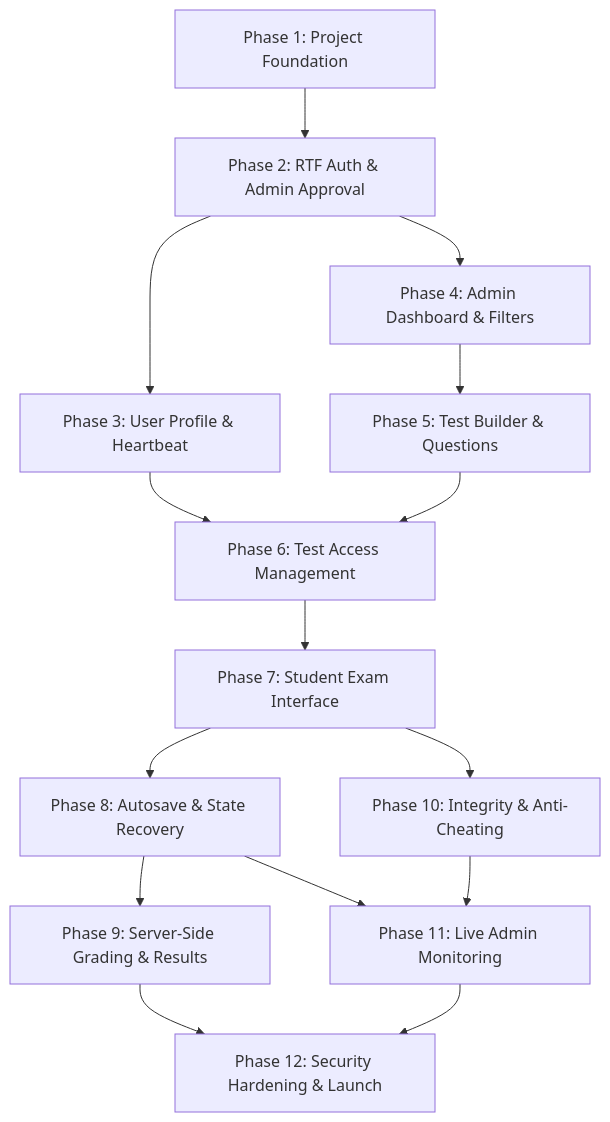
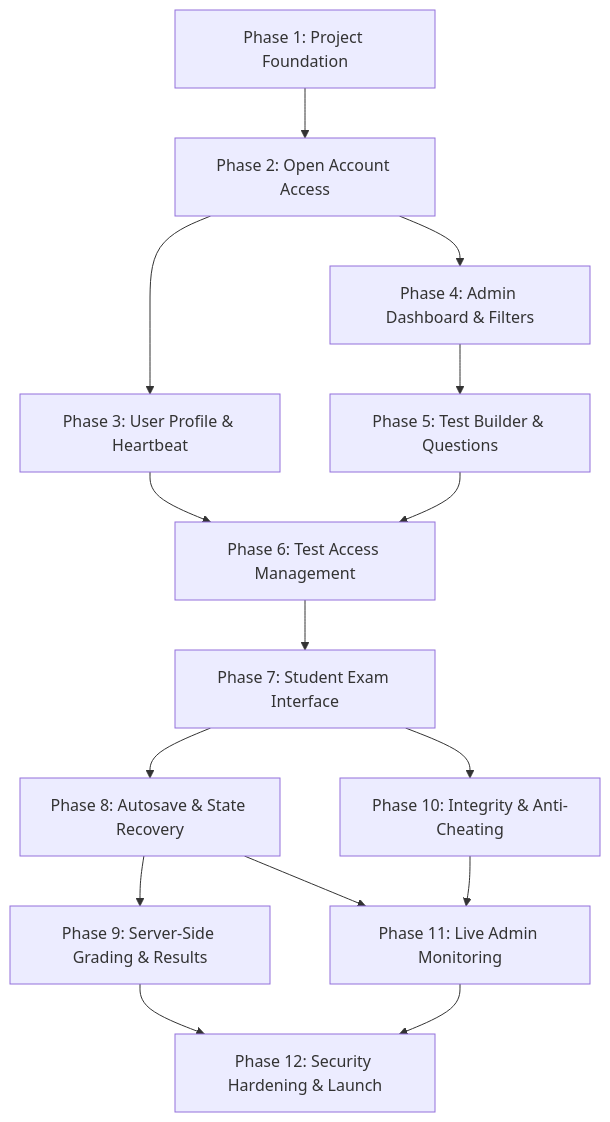
Before and after one commit to bhuveshrohankar28-cmd/Secure-Exam-Platform: the first of 8 diagrams in docs/stepwise-implementation-guide.md, drawn with Mermaid. The commit also changed other lines of this file and 30 other files, not shown here.

````diff
--- a/docs/stepwise-implementation-guide.md
+++ b/docs/stepwise-implementation-guide.md
@@ -44,17 +44,17 @@
 ```mermaid
 flowchart TD
-    P1["Phase 1: Project Foundation"] --> P2["Phase 2: RTF Auth & Admin Approval"]
+    P1["Phase 1: Project Foundation"] --> P2["Phase 2: Open Account Access"]
     P2 --> P3["Phase 3: User Profile & Heartbeat"]
     P2 --> P4["Phase 4: Admin Dashboard & Filters"]
     P4 --> P5["Phase 5: Test Builder & Questions"]
     P3 --> P6["Phase 6: Test Access Management"]
     P5 --> P6
     P6 --> P7["Phase 7: Student Exam Interface"]
     P7 --> P8["Phase 8: Autosave & State Recovery"]
     P8 --> P9["Phase 9: Server-Side Grading & Results"]
     P7 --> P10["Phase 10: Integrity & Anti-Cheating"]
     P10 --> P11["Phase 11: Live Admin Monitoring"]
     P8 --> P11
     P9 --> P12["Phase 12: Security Hardening & Launch"]
     P11 --> P12
 ```
````
